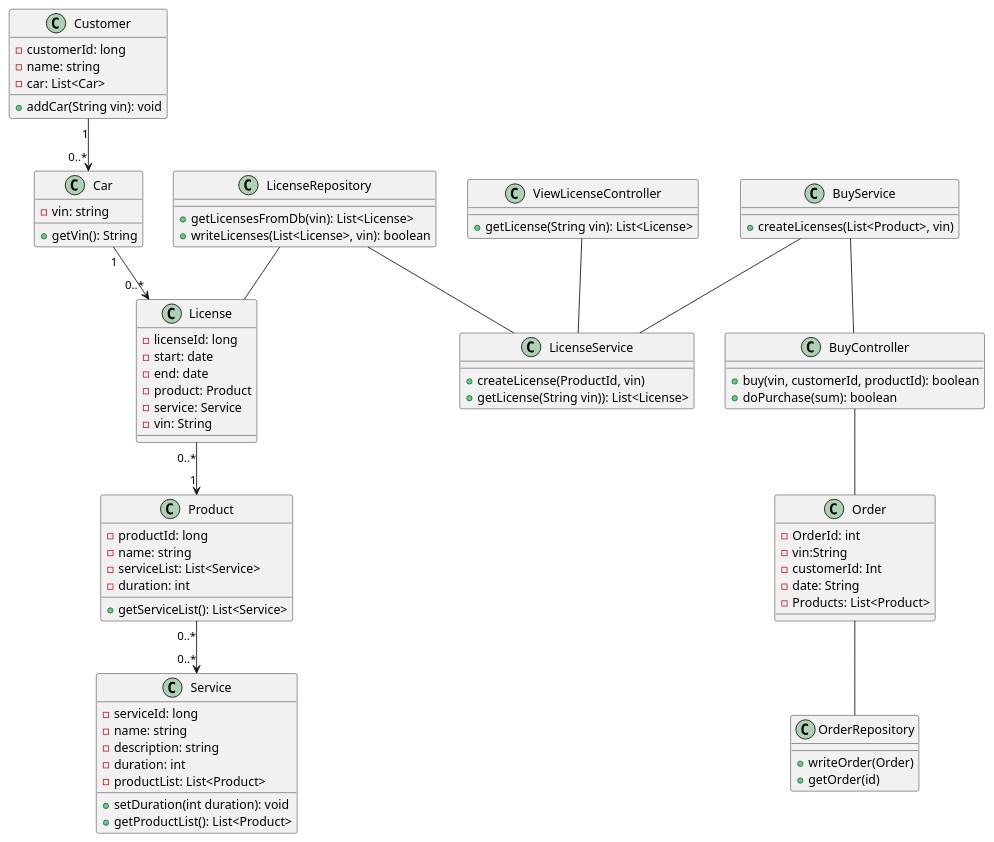
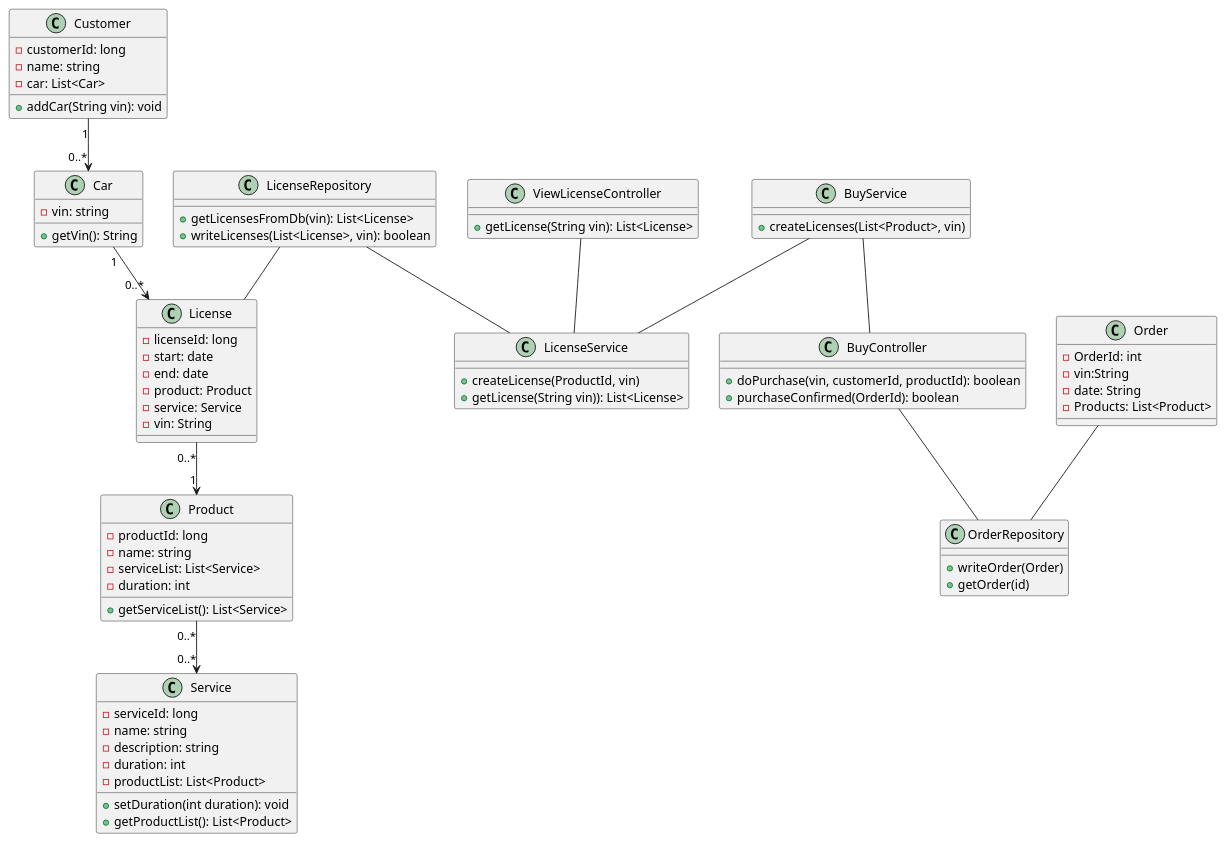
The diagram in Phase_1/2.0 class.puml (ljbg1996/car-backend), drawn with PlantUML before and after one commit.

Commit message:
Review Push 2 :-)

```diff
--- a/Phase_1/2.0 class.puml
+++ b/Phase_1/2.0 class.puml
@@ -1,166 +1,166 @@
 @startuml
 class Car {
     - vin: string
     '- owner: Customer
     '- serviceList: List<Service>
     '- licenseList: List<License>
 
     '+ setLicenseList(List<License> licenseList): void
     '+ setserviceList(List<Service> serviceList): void
     '+ setOwner(Customer c): void
     '+ getServiceList(): List<Service>
     + getVin(): String
 
 }
 
 'class CarRepository{
 
   '  + getCarFromDb((String vin): Car
 
 
 '}
 
 class Customer {
     - customerId: long
     - name: string
     - car: List<Car>
 
     + addCar(String vin): void
 
 
 }
 
 'class CustomerRepository{}
 
 'class ProductRepository{}
 
 
 class Product {
     - productId: long
     - name: string
     - serviceList: List<Service>
     '- price: double
     - duration: int
 
     '+ setPrice(double price): void
     + getServiceList(): List<Service>
 
 }
 
 
 
 class Service {
     - serviceId: long
     - name: string
     - description: string
     - duration: int
     - productList: List<Product>
 
     + setDuration(int duration): void
     + getProductList(): List<Product>
 
 
 }
 
 'class ServiceRepository{
 
  '   +getServiceFromDb(serviceId): Service
 
 '}
 
 class License {
     - licenseId: long
     - start: date
     - end: date
     - product: Product
     - service: Service
     - vin: String
 
    '+ extendLicense(license: License, duration: int): void
 
 }
 
 class LicenseRepository{
 
     +getLicensesFromDb(vin): List<License>
     +writeLicenses(List<License>, vin): boolean
 
 }
 
 class ViewLicenseController {
 
 
     + getLicense(String vin): List<License>
 
 }
 
 class BuyController {
 
-    + buy(vin, customerId, productId): boolean
-    + doPurchase(sum): boolean
+    + doPurchase(vin, customerId, productId): boolean
+    + purchaseConfirmed(OrderId): boolean
     'Kaufdatum?
 }
 class Order{
 -OrderId: int
 -vin:String
--customerId: Int
 -date: String
 -Products: List<Product>
+
 }
 class OrderRepository{
 +writeOrder(Order)
 +getOrder(id)
 }
 
 'class ViewProductController {
 
  '   + getProductList(String vin): List<Product>
 
 '}
 
 class LicenseService{
 
     + createLicense(ProductId, vin)
     + getLicense(String vin)): List<License>
 
 }
 
 class BuyService {
 
     +createLicenses(List<Product>, vin)
 }
 
 'class ViewProductService {
 
  '   + getCar(String vin): Car
   '  + addProductsToNewProductList(List<Product>):List<Product>
 '}
 
 
 
 
 
 
 
 LicenseRepository-- License
 LicenseRepository -- LicenseService
 BuyService -- LicenseService
 ViewLicenseController -- LicenseService
-BuyController -- Order
+BuyController -- OrderRepository
 Order -- OrderRepository
 'CarRepository -- LicenseService
 'ProductRepository -- Product
 'CarRepository -- ViewProductService
 
 'ViewProductController -- ViewProductService
 BuyService -- BuyController
 'CarRepository -- Car
 'CustomerRepository -- Customer
 'ServiceRepository -- Service
 Customer "1" --> "0..*" Car
 Car "1" --> "0..*" License
 'Car "1" --> "0..*" Service
 License "0..*"--> "1"Product
 Product "0..*" --> "0..*" Service
 
 @enduml
```
